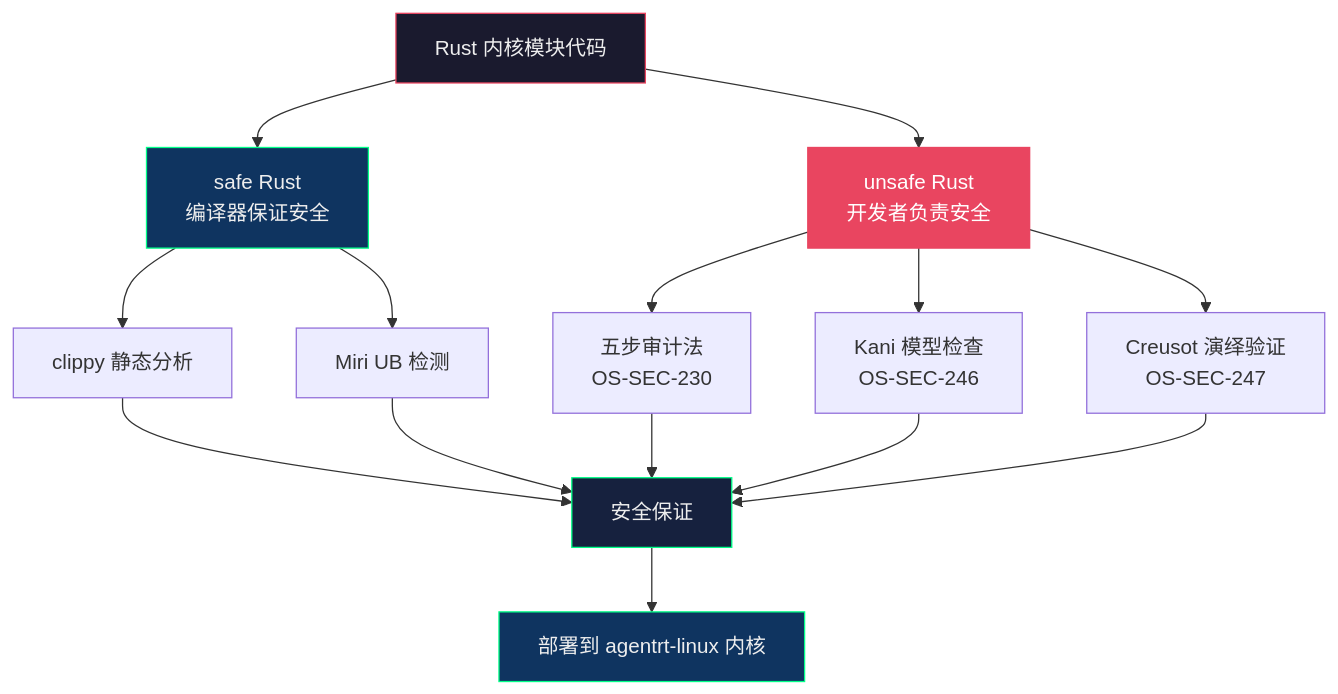
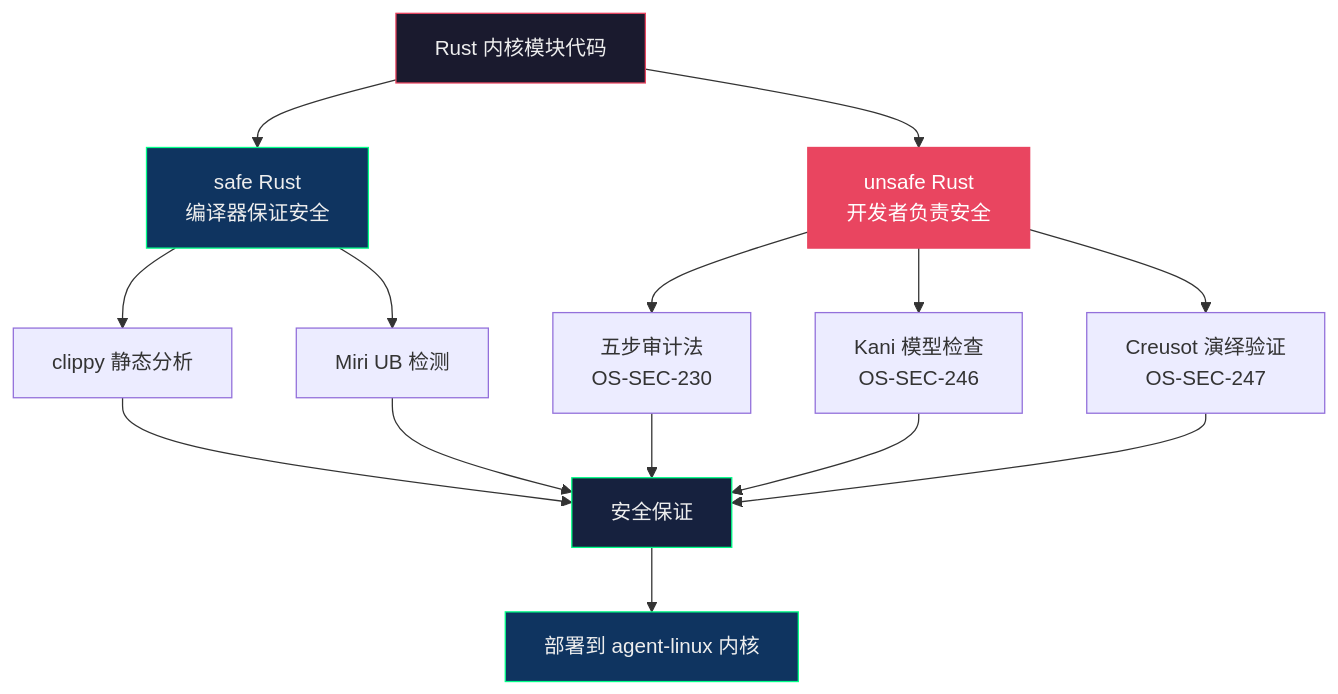
The second of 2 diagrams in 50-engineering-standards/10-coding-style/Rust_coding_style.md (openairymax/docs-linux), drawn with Mermaid before and after one commit. The commit also changed other lines of this file and 172 other files, not shown here.

Commit message:
docs: rename agentrt-linux to agent-linux across docs v0.1.3 双工程结构：agentrt-linux 改名 agent-linux。docs 全仓 186 个 文件中的 agentrt-linux 引用统一为 agent-linux（AirymaxOS 工程名/ URL/路径引用；commit hash 与历史不变）。

````diff
--- a/50-engineering-standards/10-coding-style/Rust_coding_style.md
+++ b/50-engineering-standards/10-coding-style/Rust_coding_style.md
@@ -1027,26 +1027,26 @@
 ```mermaid
 graph TD
     RUST["Rust 内核模块代码"] --> SAFE["safe Rust<br/>编译器保证安全"]
     RUST --> UNSAFE["unsafe Rust<br/>开发者负责安全"]
 
     SAFE --> CLIPPY["clippy 静态分析"]
     SAFE --> MIRI["Miri UB 检测"]
 
     UNSAFE --> AUDIT["五步审计法<br/>OS-SEC-230"]
     UNSAFE --> KANI["Kani 模型检查<br/>OS-SEC-246"]
     UNSAFE --> CREUSOT["Creusot 演绎验证<br/>OS-SEC-247"]
 
     CLIPPY --> OK["安全保证"]
     MIRI --> OK
     AUDIT --> OK
     KANI --> OK
     CREUSOT --> OK
 
-    OK --> DEPLOY["部署到 agentrt-linux 内核"]
+    OK --> DEPLOY["部署到 agent-linux 内核"]
 
     style RUST fill:#1a1a2e,stroke:#e94560,color:#eee
     style SAFE fill:#0f3460,stroke:#00ff88,color:#eee
     style UNSAFE fill:#e94560,stroke:#e94560,color:#fff
     style DEPLOY fill:#0f3460,stroke:#00ff88,color:#eee
     style OK fill:#16213e,stroke:#00ff88,color:#eee
 ```
````
